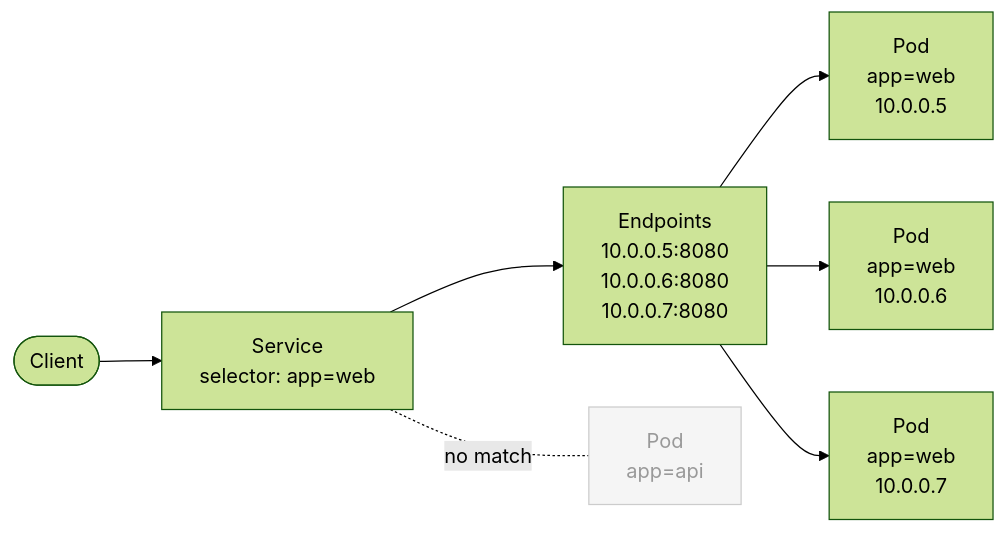
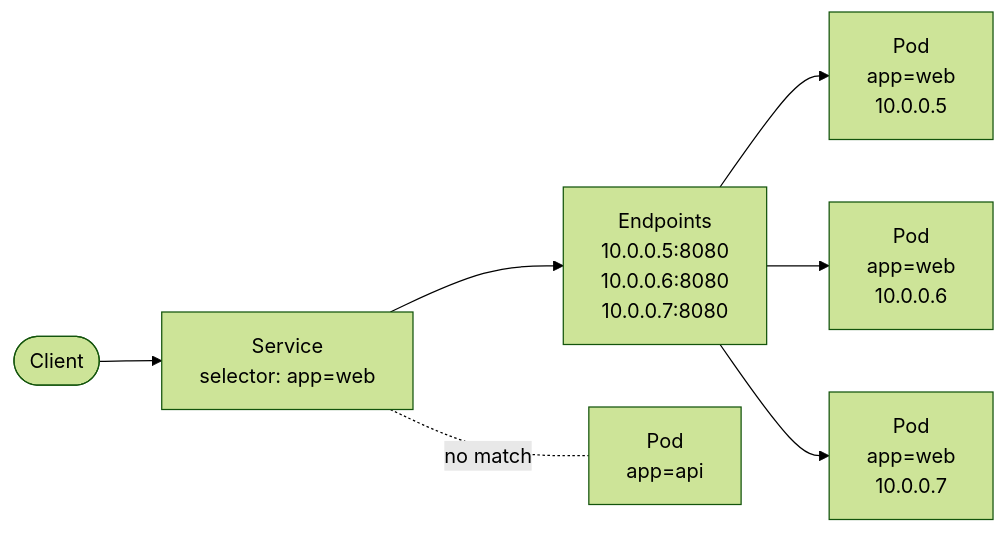
The diagram in src/courses/modules/labels-and-annotations/02-label-selectors/en/content.md (Antoine-Flo/kube-mastery), drawn with Mermaid (forest theme) before and after one commit. The commit also changed 21 other files, not shown here.

Commit message:
remove diagram styles

````diff
--- a/src/courses/modules/labels-and-annotations/02-label-selectors/en/content.md
+++ b/src/courses/modules/labels-and-annotations/02-label-selectors/en/content.md
@@ -112,11 +112,9 @@
 ```mermaid
 graph LR
     Client([Client]) --> SVC["Service\nselector: app=web"]
     SVC --> EP["Endpoints\n10.0.0.5:8080\n10.0.0.6:8080\n10.0.0.7:8080"]
     EP --> P1["Pod\napp=web\n10.0.0.5"]
     EP --> P2["Pod\napp=web\n10.0.0.6"]
     EP --> P3["Pod\napp=web\n10.0.0.7"]
     SVC -.-|no match| P4["Pod\napp=api"]
-
-    style P4 fill:#f5f5f5,stroke:#ccc,color:#999
 ```
````
